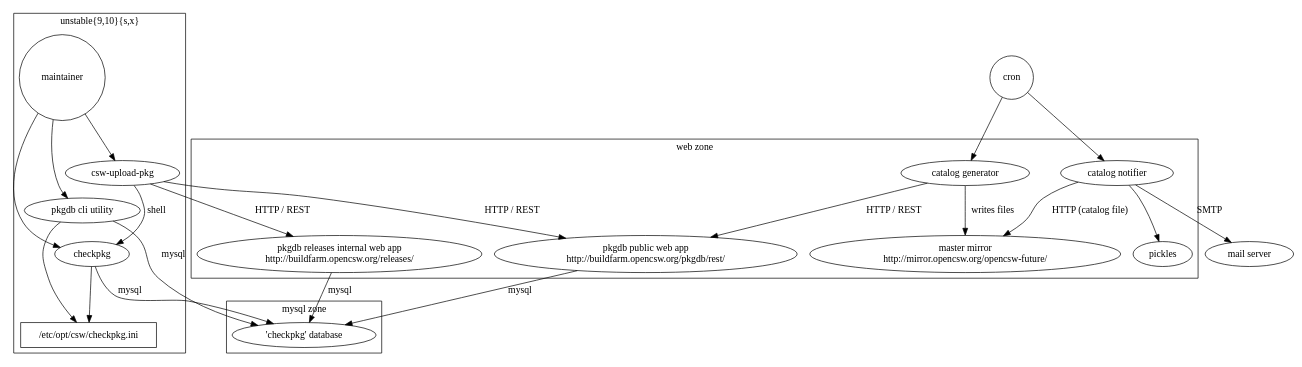
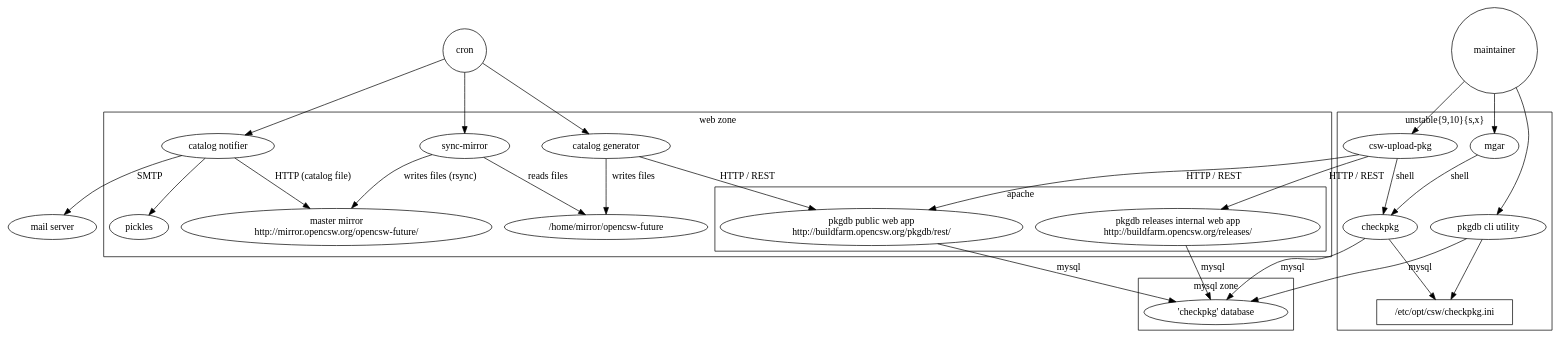
Before and after one commit to yannrouillard/gar: the diagram in doc/connections.dot, drawn with Graphviz.

Commit message:
doc/connections: Separating out master mirror
Similar data can be accessible via /home/mirror and
http://mirror.opencsw.org, but they are not the same.

```diff
--- a/doc/connections.dot
+++ b/doc/connections.dot
@@ -1,53 +1,63 @@
 // This diagram shows connections between different components on the
 // buildfarm.
 
 digraph connections {
 	subgraph cluster0 {
 		catalog_generator [label="catalog generator"];
 		catalog_notifier [label="catalog notifier"];
 		catalog_notifier -> mirror [label="HTTP (catalog file)"];
-		mirror [label="master mirror\nhttp://mirror.opencsw.org/opencsw-future/"];
 		catalog_generator -> web_app [label="HTTP / REST"];
-		catalog_generator -> mirror [label="writes files"];
-		{
-			rank = same;
+		catalog_generator -> mirror_dir [label="writes files"];
+		sync_mirror -> mirror_dir [label="reads files"];
+		sync_mirror [label="sync-mirror"];
+		mirror_dir [label="/home/mirror/opencsw-future"];
+		subgraph cluster01 {
 			web_app [label="pkgdb public web app\nhttp://buildfarm.opencsw.org/pkgdb/rest/"];
 			releases_web_app [label="pkgdb releases internal web app\nhttp://buildfarm.opencsw.org/releases/"];
+			label = "apache";
 		}
 		pickled_files [label="pickles"];
 		catalog_notifier -> pickled_files;
 		label = "web zone";
 	}
 
 	subgraph cluster1 {
 		database [label="'checkpkg' database"];
 		label = "mysql zone";
 	}
 
 	subgraph cluster2 {
 		checkpkg_ini [label="/etc/opt/csw/checkpkg.ini",shape=rectangle];
 		csw_upload_pkg [label="csw-upload-pkg"];
 		pkgdb [label="pkgdb cli utility"];
+		mgar [label="mgar"];
 		checkpkg;
-		maintainer [shape=circle];
-		maintainer -> csw_upload_pkg;
-		maintainer -> pkgdb;
-		maintainer -> checkpkg;
 		label = "unstable{9,10}{s,x}";
 	}
+	subgraph cluster3 {
+		mirror [label="master mirror\nhttp://mirror.opencsw.org/opencsw-future/"];
+		sync_mirror -> mirror [label="writes files (rsync)"];
+		label = "master mirror";
+	}
+	maintainer [shape=circle];
+	maintainer -> csw_upload_pkg;
+	maintainer -> pkgdb;
+	maintainer -> mgar;
+	mgar -> checkpkg [label="shell"];
 	mail_server [label="mail server"];
 	cron [shape=circle];
+	cron -> sync_mirror;
 	cron -> catalog_generator;
 	cron -> catalog_notifier;
 
 	catalog_notifier -> mail_server [label="SMTP"];
 	checkpkg -> checkpkg_ini;
 	pkgdb -> checkpkg_ini;
 	web_app -> database [label="mysql"];
 	releases_web_app -> database [label="mysql"];
 	checkpkg -> database [label="mysql"];
 	pkgdb -> database [label="mysql"];
 	csw_upload_pkg -> releases_web_app [label="HTTP / REST"];
 	csw_upload_pkg -> web_app [label="HTTP / REST"];
 	csw_upload_pkg -> checkpkg [label="shell"];
 }
```
